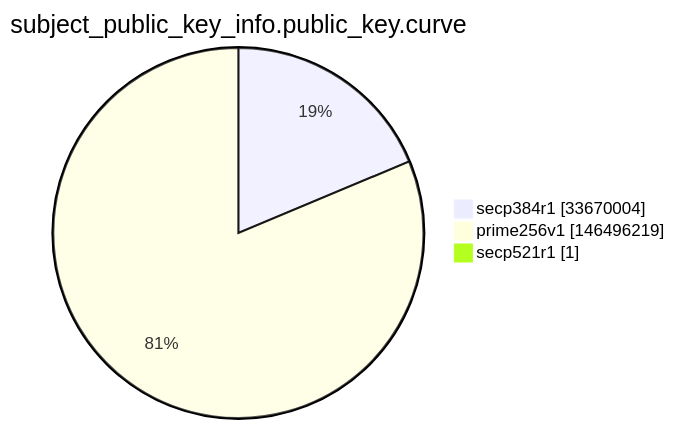
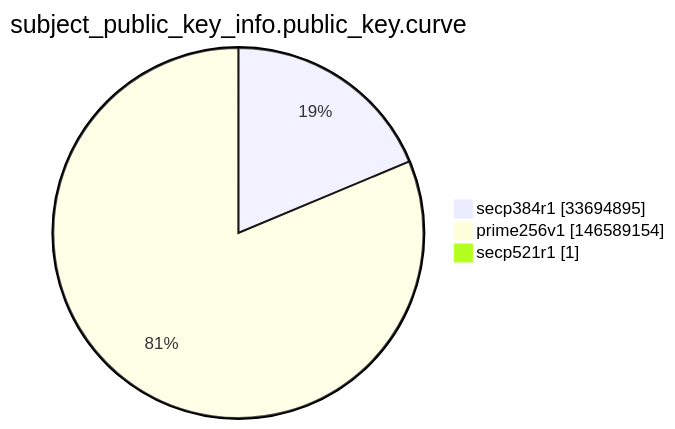
Before and after one commit to christiankrug/ctmonitor_visualization: the ninth of 15 diagrams in argon2022/README.md, drawn with Mermaid. The commit also changed other lines of this file, not shown here.

````diff
--- a/argon2022/README.md
+++ b/argon2022/README.md
@@ -2764,7 +2764,7 @@
 ```mermaid
 pie showData
 title subject_public_key_info.public_key.curve
-"secp384r1" :33670004
-"prime256v1" :146496219
+"secp384r1" :33694895
+"prime256v1" :146589154
 "secp521r1" :1
 ```
````
